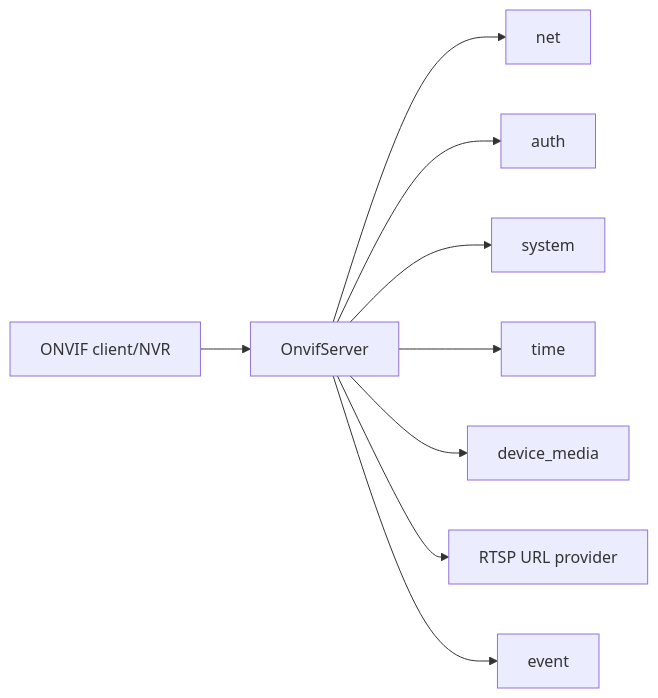
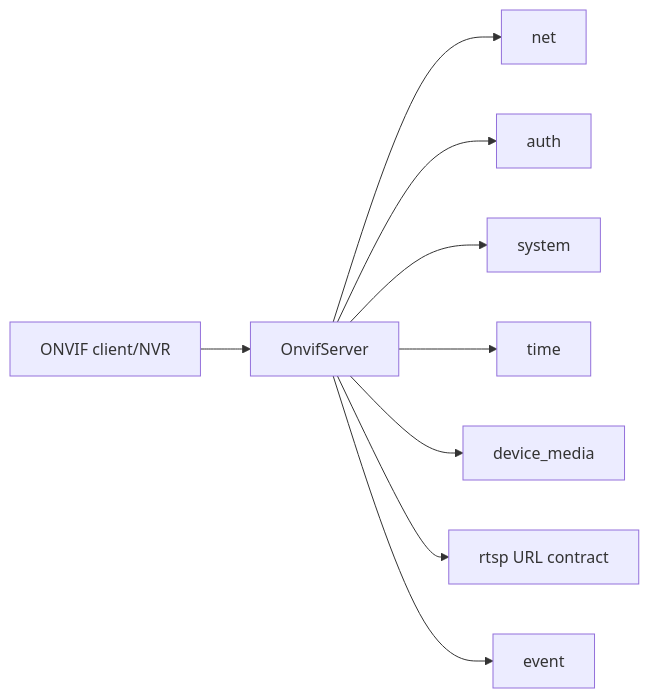
Before and after one commit to 373699756/live_stream: the diagram in docs/libs/onvif.md, drawn with Mermaid. The commit also changed other lines of this file and 25 other files, not shown here.

Commit message:
refactor(onvif): task 11 isolate rtsp url contract

````diff
--- a/docs/libs/onvif.md
+++ b/docs/libs/onvif.md
@@ -15,11 +15,11 @@
 ```mermaid
 flowchart LR
   Client[ONVIF client/NVR] --> ONVIF[OnvifServer]
   ONVIF --> Net[net]
   ONVIF --> Auth[auth]
   ONVIF --> System[system]
   ONVIF --> Time[time]
   ONVIF --> Media[device_media]
-  ONVIF --> RTSP[RTSP URL provider]
+  ONVIF --> RTSP[rtsp URL contract]
   ONVIF --> Event[event]
 ```
````
